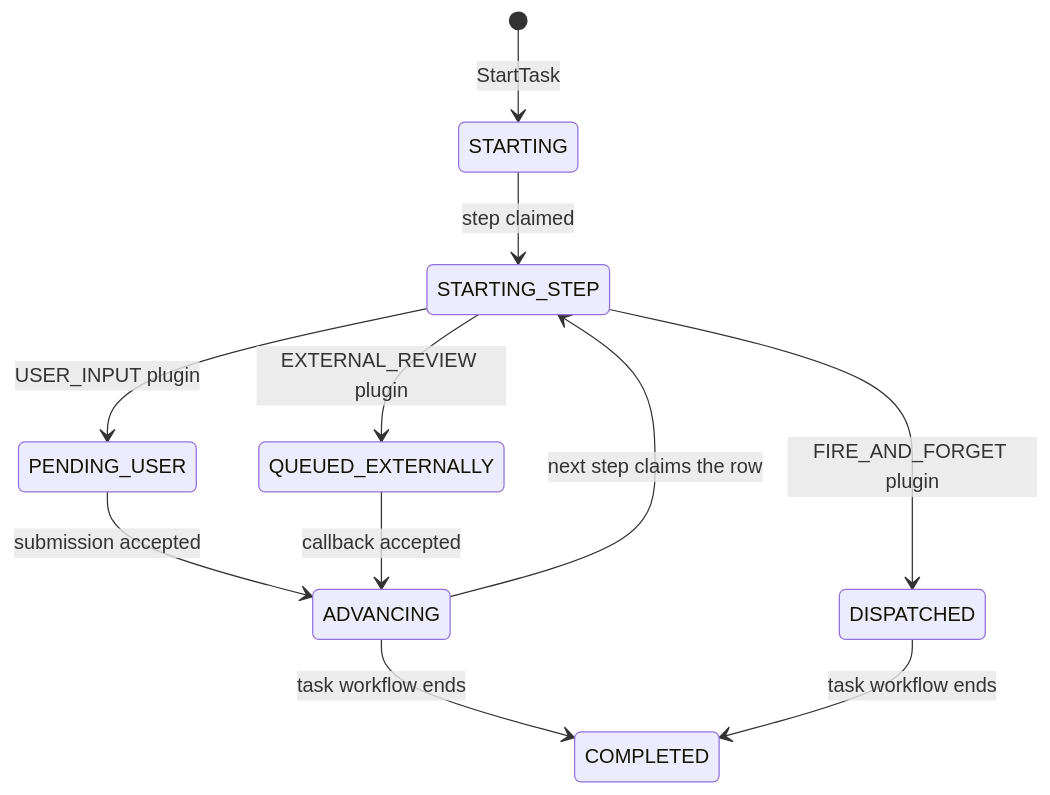
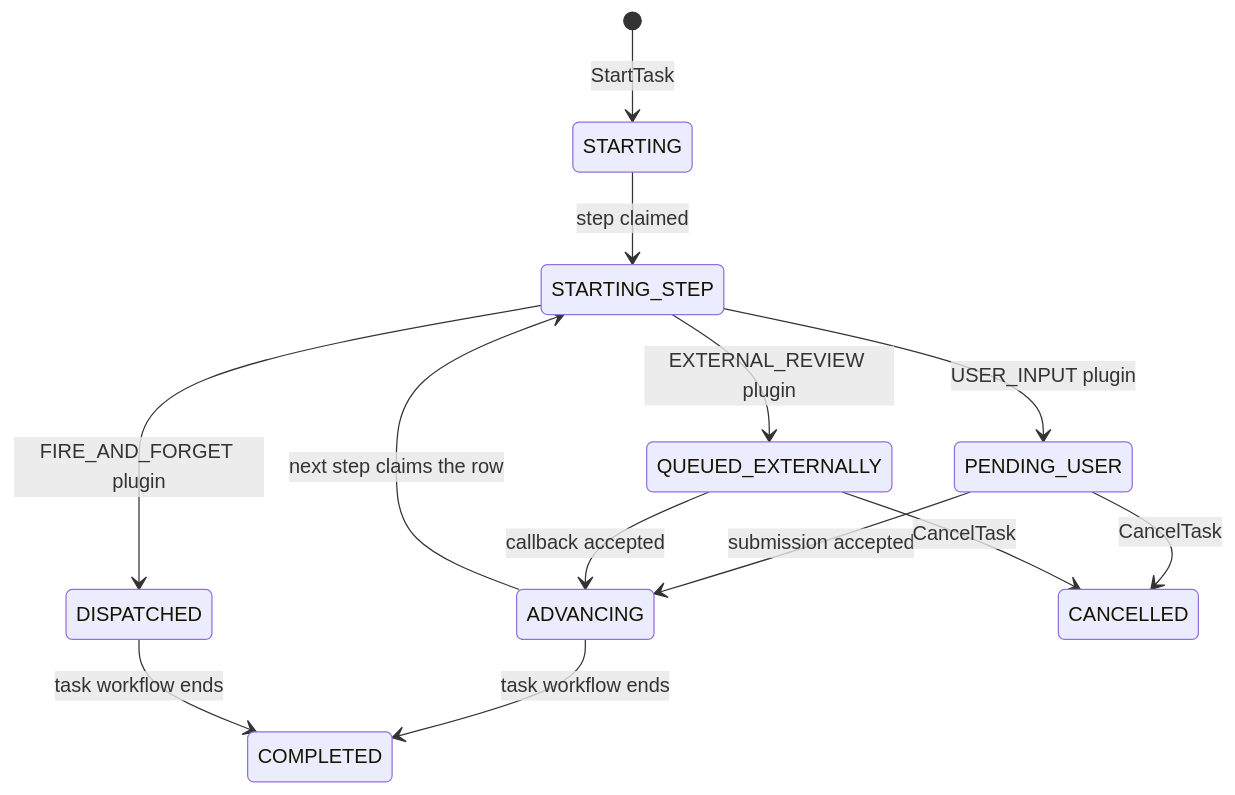
One commit to OpenNSW/core changed the first of 2 diagrams in taskflow/docs/architecture.md. Above: the diagram before and after it, drawn with Mermaid. The commit also changed other lines of this file and 10 other files, not shown here.

First line of the commit message:
feat(workflow,taskflow)!: force-park a waiting step and cancel a task from outside its workflow

````diff
--- a/taskflow/docs/architecture.md
+++ b/taskflow/docs/architecture.md
@@ -173,13 +175,15 @@
 ```mermaid
 stateDiagram-v2
     [*] --> STARTING : StartTask
     STARTING --> STARTING_STEP : step claimed
     STARTING_STEP --> PENDING_USER : USER_INPUT plugin
     STARTING_STEP --> DISPATCHED : FIRE_AND_FORGET plugin
     STARTING_STEP --> QUEUED_EXTERNALLY : EXTERNAL_REVIEW plugin
     PENDING_USER --> ADVANCING : submission accepted
     QUEUED_EXTERNALLY --> ADVANCING : callback accepted
     ADVANCING --> STARTING_STEP : next step claims the row
     ADVANCING --> COMPLETED : task workflow ends
     DISPATCHED --> COMPLETED : task workflow ends
+    PENDING_USER --> CANCELLED : CancelTask
+    QUEUED_EXTERNALLY --> CANCELLED : CancelTask
 ```
````
